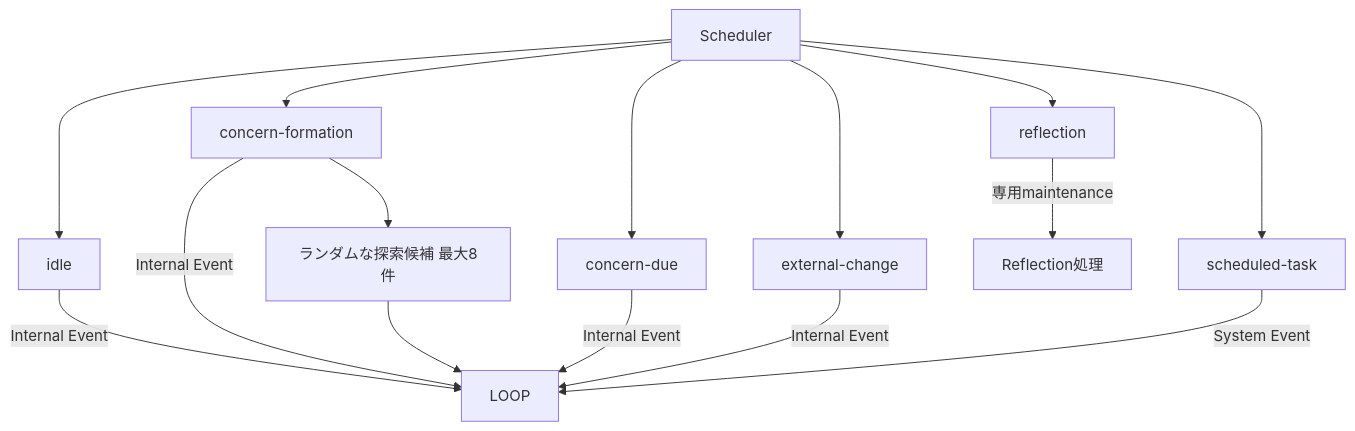
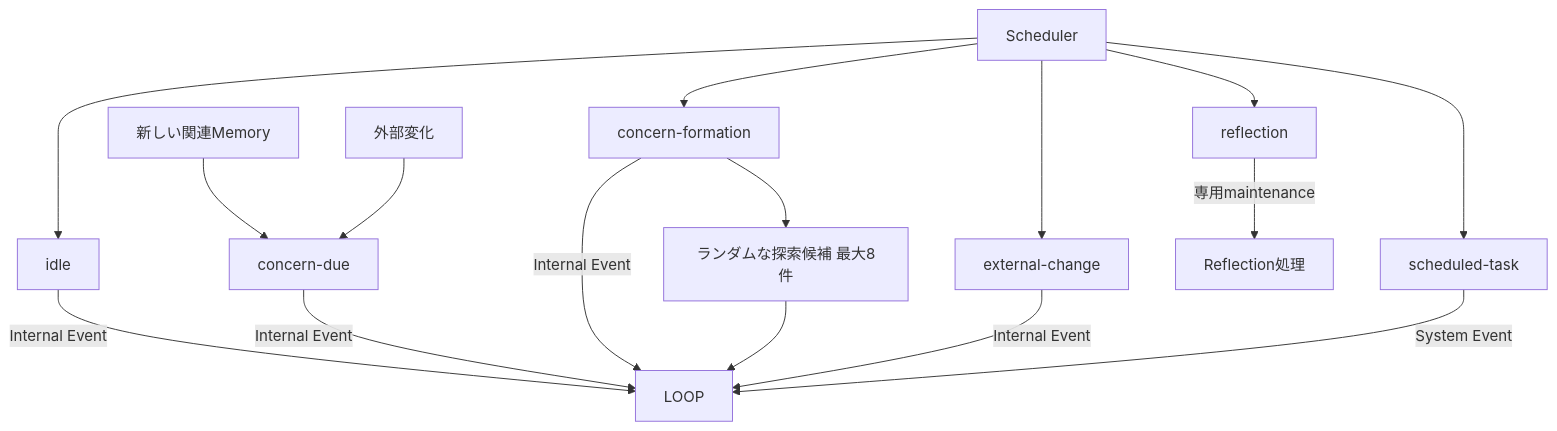
One commit to if001/social_agent changed the fifth of 8 diagrams in docs/AGENT_MOTIVATION_MODEL.md. Above: the diagram before and after it, drawn with Mermaid. The commit also changed other lines of this file and 10 other files, not shown here.

````diff
--- a/docs/AGENT_MOTIVATION_MODEL.md
+++ b/docs/AGENT_MOTIVATION_MODEL.md
@@ -285,19 +285,20 @@
 ```mermaid
 flowchart TD
     SCH[Scheduler] --> I[idle]
     SCH --> CF[concern-formation]
-    SCH --> CD[concern-due]
+    MEM[新しい関連Memory] --> CD[concern-due]
+    EXT[外部変化] --> CD
     SCH --> EC[external-change]
     SCH --> RF[reflection]
     SCH --> TASK[scheduled-task]
 
     I -->|Internal Event| LOOP
     CF -->|Internal Event| LOOP
     CD -->|Internal Event| LOOP
     EC -->|Internal Event| LOOP
     TASK -->|System Event| LOOP
     RF -->|専用maintenance| REFLECTION[Reflection処理]
 
     CF --> CAND[ランダムな探索候補 最大8件]
     CAND --> LOOP
 ```
````
